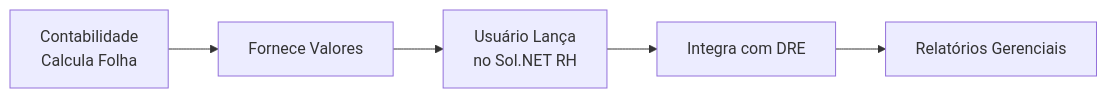
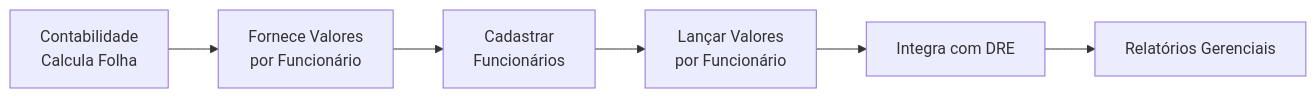
One commit to hetosoft/documentacao-solnet changed the diagram in RH/Documentacao Folha de Pagamento.md. Above: the diagram before and after it, drawn with Mermaid. The commit also changed other lines of this file and 3 other files, not shown here.

````diff
--- a/RH/Documentacao Folha de Pagamento.md
+++ b/RH/Documentacao Folha de Pagamento.md
@@ -29,7 +29,8 @@
 ```mermaid
 graph LR
-    A[Contabilidade<br/>Calcula Folha] --> B[Fornece Valores]
-    B --> C[Usuário Lança<br/>no Sol.NET RH]
-    C --> D[Integra com DRE]
-    D --> E[Relatórios Gerenciais]
+    A[Contabilidade<br/>Calcula Folha] --> B[Fornece Valores<br/>por Funcionário]
+    B --> C[Cadastrar<br/>Funcionários]
+    C --> D[Lançar Valores<br/>por Funcionário]
+    D --> E[Integra com DRE]
+    E --> F[Relatórios Gerenciais]
 ```
````
